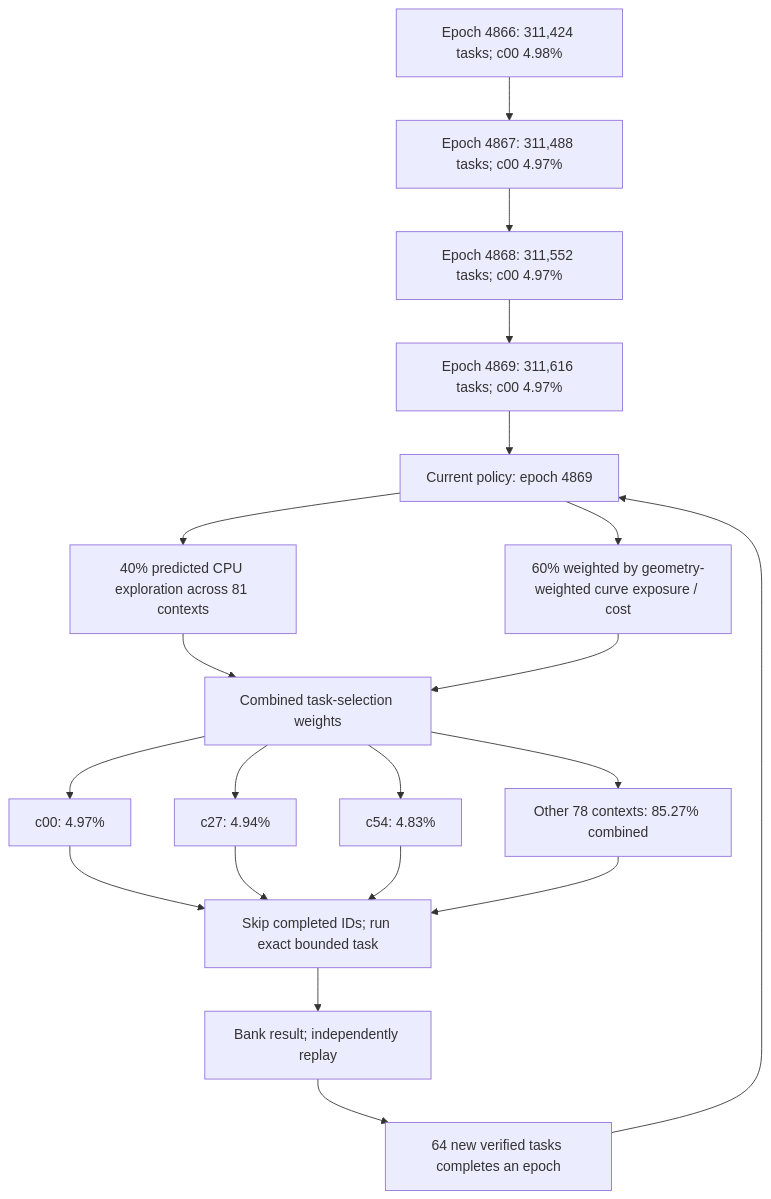
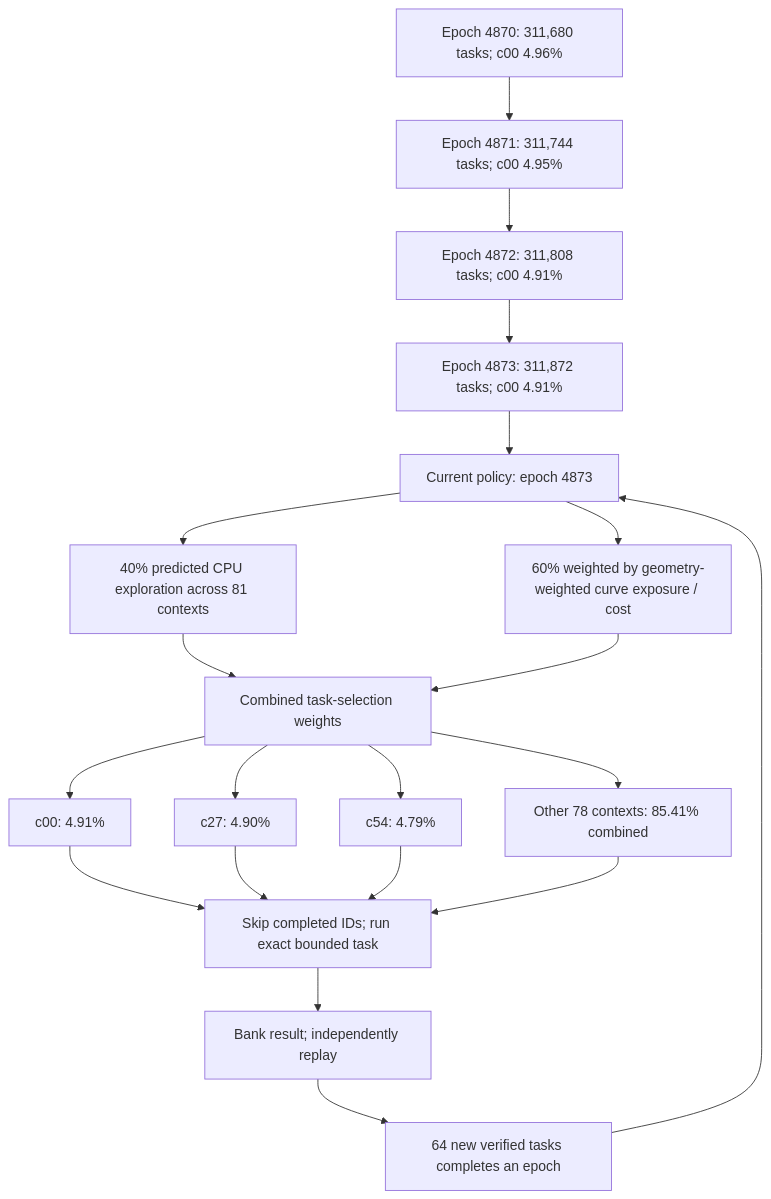
Before and after one commit to Kuberwastaken/math-gambling: the first of 3 diagrams in README.md, drawn with Mermaid. The commit also changed other lines of this file and 604 other files, not shown here.

````diff
--- a/README.md
+++ b/README.md
@@ -60,27 +60,27 @@
 ```mermaid
 flowchart TD
-    H0["Epoch 4866: 311,424 tasks; c00 4.98%"]
-    H1["Epoch 4867: 311,488 tasks; c00 4.97%"]
+    H0["Epoch 4870: 311,680 tasks; c00 4.96%"]
+    H1["Epoch 4871: 311,744 tasks; c00 4.95%"]
     H0 --> H1
-    H2["Epoch 4868: 311,552 tasks; c00 4.97%"]
+    H2["Epoch 4872: 311,808 tasks; c00 4.91%"]
     H1 --> H2
-    H3["Epoch 4869: 311,616 tasks; c00 4.97%"]
+    H3["Epoch 4873: 311,872 tasks; c00 4.91%"]
     H2 --> H3
-    Policy["Current policy: epoch 4869"]
+    Policy["Current policy: epoch 4873"]
     H3 --> Policy
     Policy --> Explore["40% predicted CPU exploration across 81 contexts"]
     Policy --> Cost["60% weighted by geometry-weighted curve exposure / cost"]
     Explore --> Mix["Combined task-selection weights"]
     Cost --> Mix
-    Mix --> C0["c00: 4.97%"]
-    Mix --> C1["c27: 4.94%"]
-    Mix --> C2["c54: 4.83%"]
-    Mix --> Rest["Other 78 contexts: 85.27% combined"]
+    Mix --> C0["c00: 4.91%"]
+    Mix --> C1["c27: 4.90%"]
+    Mix --> C2["c54: 4.79%"]
+    Mix --> Rest["Other 78 contexts: 85.41% combined"]
     C0 --> Check["Skip completed IDs; run exact bounded task"]
     C1 --> Check
     C2 --> Check
     Rest --> Check
     Check --> Replay["Bank result; independently replay"]
     Replay --> Gate["64 new verified tasks completes an epoch"]
     Gate --> Policy
 ```
````
